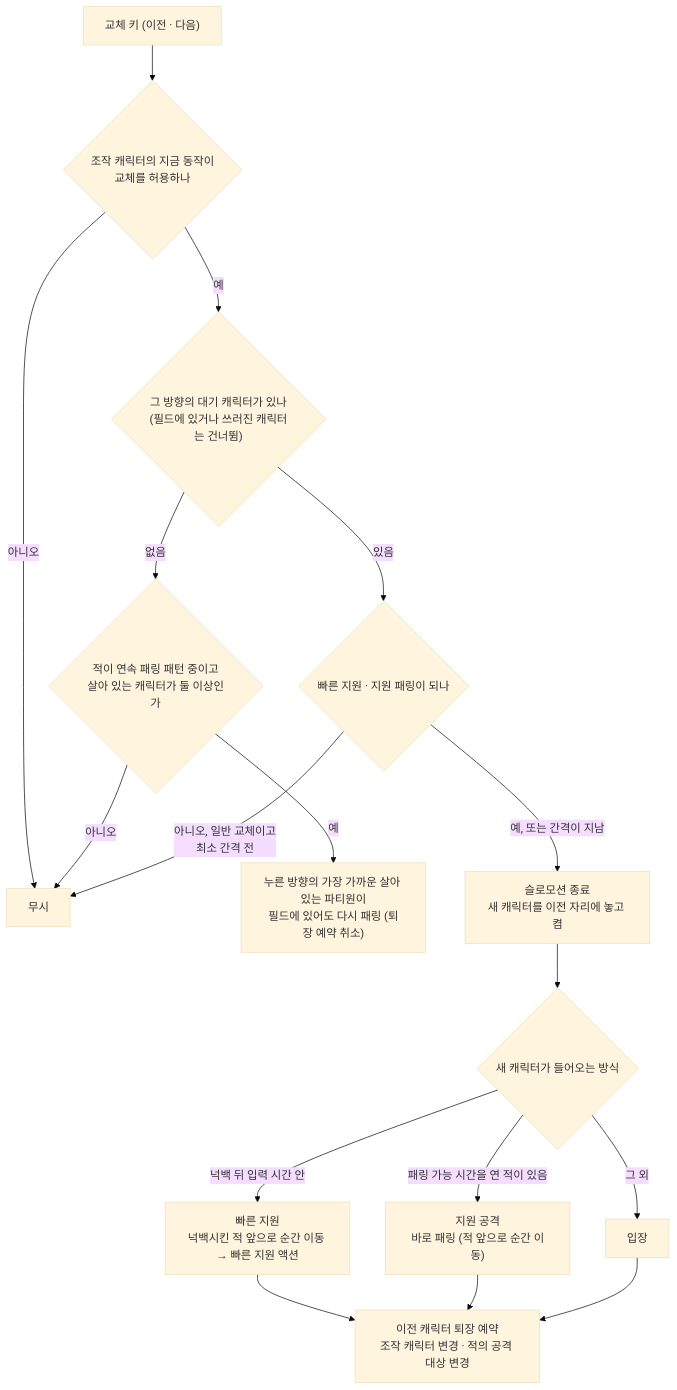
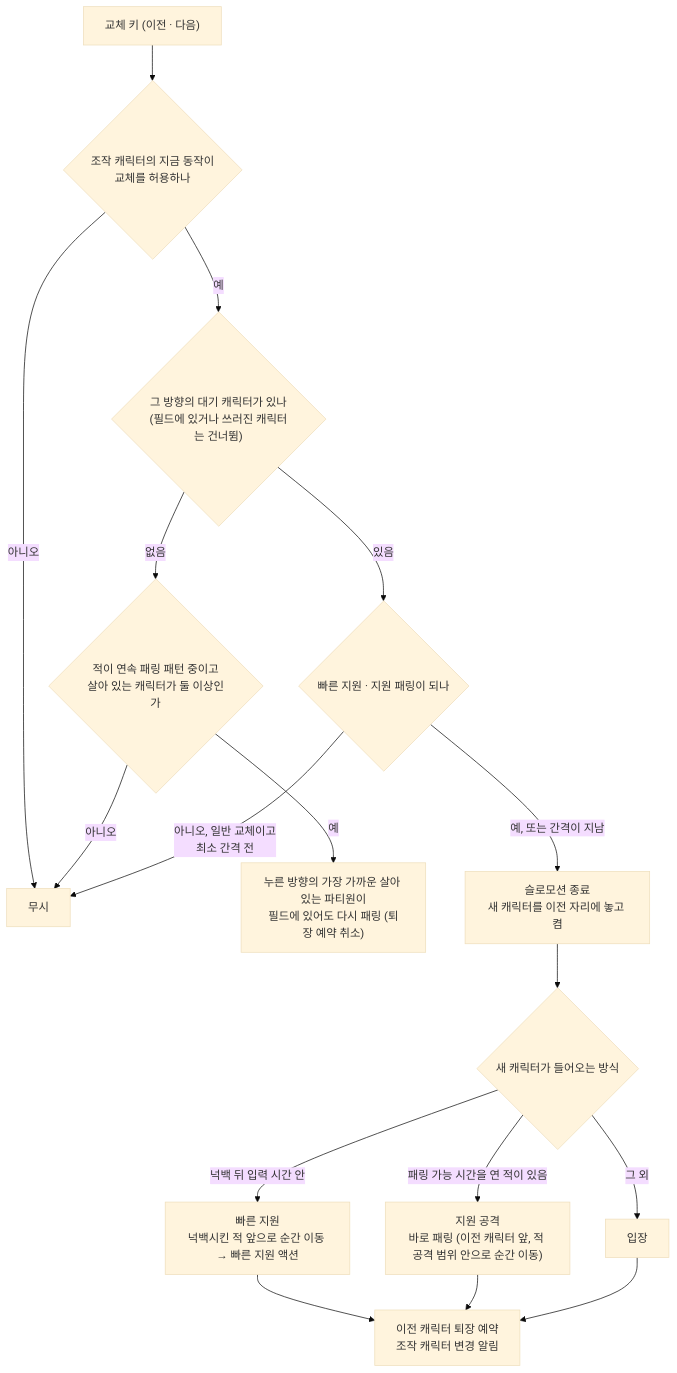
One commit to SquashPrince/Develrocket_mp15_HHH changed the second of 5 diagrams in Docs/Technical/Player/PlayerParty.md. Above: the diagram before and after it, drawn with Mermaid (base theme). The commit also changed other lines of this file and 110 other files, not shown here.

````diff
--- a/Docs/Technical/Player/PlayerParty.md
+++ b/Docs/Technical/Player/PlayerParty.md
@@ -44,17 +44,17 @@
 ```mermaid
 flowchart TD
     K["교체 키 (이전 · 다음)"] --> A{"조작 캐릭터의 지금 동작이<br>교체를 허용하나"}
     A -->|"아니오"| X["무시"]
     A -->|"예"| F{"그 방향의 대기 캐릭터가 있나<br>(필드에 있거나 쓰러진 캐릭터는 건너뜀)"}
     F -->|"없음"| CH{"적이 연속 패링 패턴 중이고<br>살아 있는 캐릭터가 둘 이상인가"}
     CH -->|"아니오"| X
     CH -->|"예"| RP["누른 방향의 가장 가까운 살아 있는 파티원이<br>필드에 있어도 다시 패링 (퇴장 예약 취소)"]
     F -->|"있음"| G{"빠른 지원 · 지원 패링이 되나"}
     G -->|"아니오, 일반 교체이고<br>최소 간격 전"| X
     G -->|"예, 또는 간격이 지남"| S["슬로모션 종료<br>새 캐릭터를 이전 자리에 놓고 켬"]
     S --> D{"새 캐릭터가 들어오는 방식"}
     D -->|"넉백 뒤 입력 시간 안"| Q["빠른 지원<br>넉백시킨 적 앞으로 순간 이동 → 빠른 지원 액션"]
-    D -->|"패링 가능 시간을 연 적이 있음"| PA["지원 공격<br>바로 패링 (적 앞으로 순간 이동)"]
+    D -->|"패링 가능 시간을 연 적이 있음"| PA["지원 공격<br>바로 패링 (이전 캐릭터 앞, 적 공격 범위 안으로 순간 이동)"]
     D -->|"그 외"| IN["입장"]
-    Q & PA & IN --> O["이전 캐릭터 퇴장 예약<br>조작 캐릭터 변경 · 적의 공격 대상 변경"]
+    Q & PA & IN --> O["이전 캐릭터 퇴장 예약<br>조작 캐릭터 변경 알림"]
 ```
````
